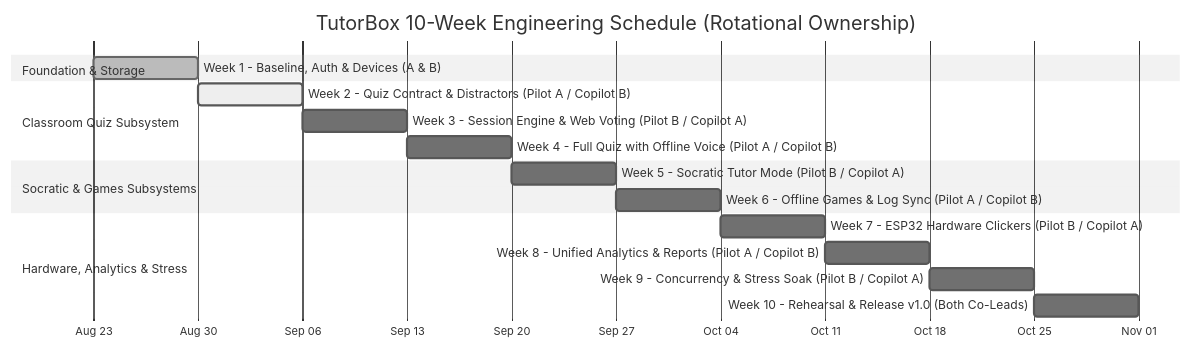
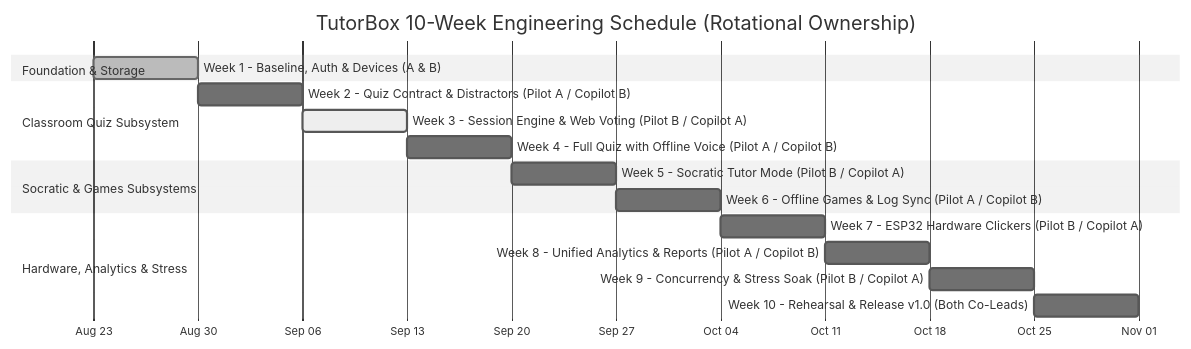
The diagram in docs/milestones/roadmap.md (GabGP/TutorBox), drawn with Mermaid (neutral theme) before and after one commit. The commit also changed other lines of this file and 5 other files, not shown here.

Commit message:
docs: update README and documentation for Week 3 milestone synthesis and session engine details

````diff
--- a/docs/milestones/roadmap.md
+++ b/docs/milestones/roadmap.md
@@ -47,24 +45,24 @@
 ```mermaid
 gantt
     title TutorBox 10-Week Engineering Schedule (Rotational Ownership)
     dateFormat  YYYY-MM-DD
     axisFormat  %b %d
 
     section Foundation & Storage
     Week 1 - Baseline, Auth & Devices (A & B) :done, w1, 2026-08-23, 2026-08-30
 
     section Classroom Quiz Subsystem
-    Week 2 - Quiz Contract & Distractors (Pilot A / Copilot B) :active, w2, 2026-08-30, 2026-09-06
-    Week 3 - Session Engine & Web Voting (Pilot B / Copilot A) :w3, 2026-09-06, 2026-09-13
+    Week 2 - Quiz Contract & Distractors (Pilot A / Copilot B) :w2, 2026-08-30, 2026-09-06
+    Week 3 - Session Engine & Web Voting (Pilot B / Copilot A) :active, w3, 2026-09-06, 2026-09-13
     Week 4 - Full Quiz with Offline Voice (Pilot A / Copilot B):w4, 2026-09-13, 2026-09-20
 
     section Socratic & Games Subsystems
     Week 5 - Socratic Tutor Mode (Pilot B / Copilot A)         :w5, 2026-09-20, 2026-09-27
     Week 6 - Offline Games & Log Sync (Pilot A / Copilot B)    :w6, 2026-09-27, 2026-10-04
 
     section Hardware, Analytics & Stress
     Week 7 - ESP32 Hardware Clickers (Pilot B / Copilot A)     :w7, 2026-10-04, 2026-10-11
     Week 8 - Unified Analytics & Reports (Pilot A / Copilot B) :w8, 2026-10-11, 2026-10-18
     Week 9 - Concurrency & Stress Soak (Pilot B / Copilot A)   :w9, 2026-10-18, 2026-10-25
     Week 10 - Rehearsal & Release v1.0 (Both Co-Leads)         :w10, 2026-10-25, 2026-11-01
 ```
````
